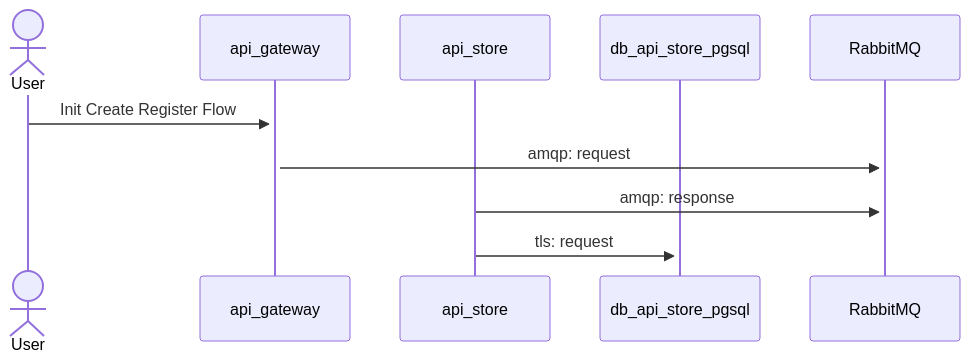
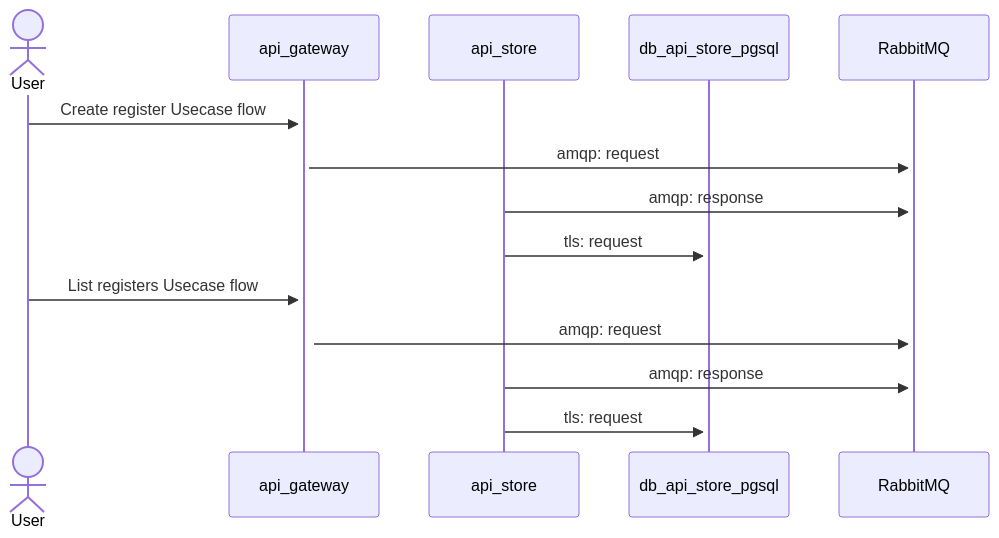
The diagram in README.md (cristiano182/node.js-grpc-rabbitmq), drawn with Mermaid before and after one commit.

````diff
--- a/README.md
+++ b/README.md
@@ -3,14 +3,20 @@
 ```mermaid
 sequenceDiagram
     actor User
     participant api_gateway
     participant api_store
     participant db_api_store_pgsql
     participant RabbitMQ
 
-    User  ->>+ api_gateway: Init Create Register Flow
+    User  ->>+ api_gateway: Create register Usecase flow
+    api_gateway     ->>+ RabbitMQ:     amqp: request
+    api_store     ->>+ RabbitMQ:      amqp: response
+    api_store      ->>+ db_api_store_pgsql: tls: request
+
+
+    User  ->>+ api_gateway: List registers Usecase flow
     api_gateway     ->>+ RabbitMQ:     amqp: request
     api_store     ->>+ RabbitMQ:      amqp: response
     api_store      ->>+ db_api_store_pgsql: tls: request
     
 ```
````
